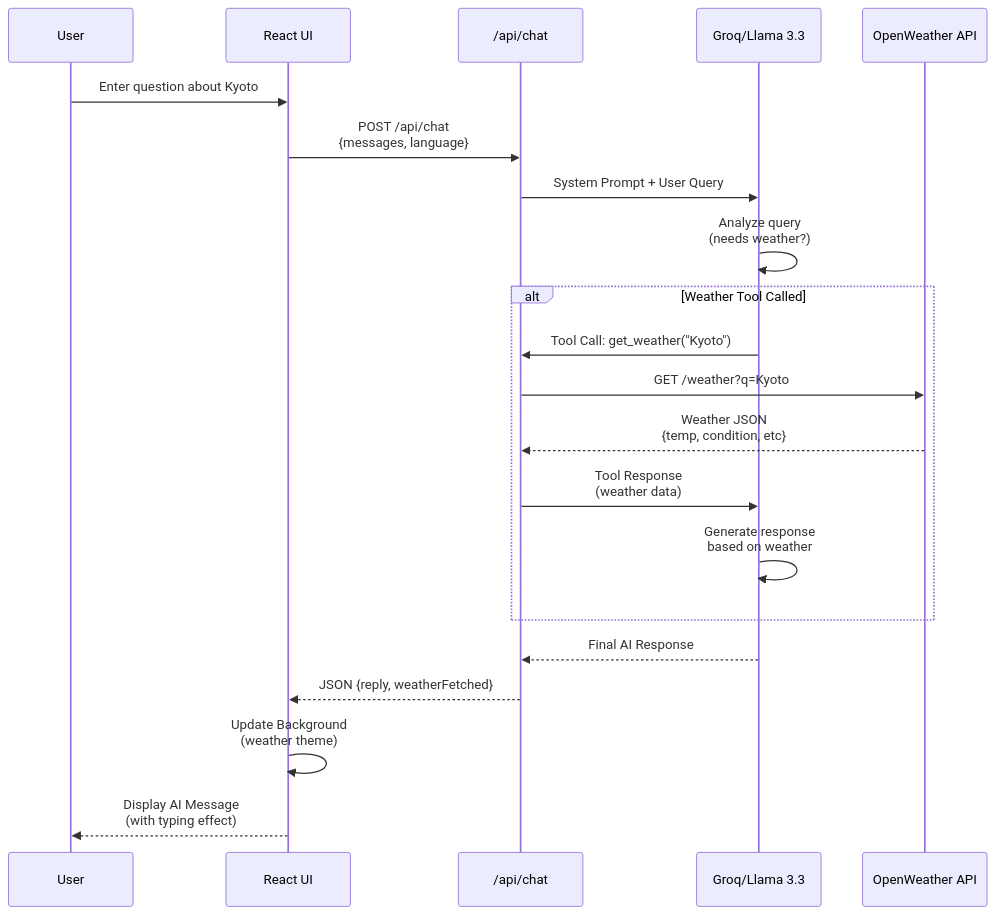
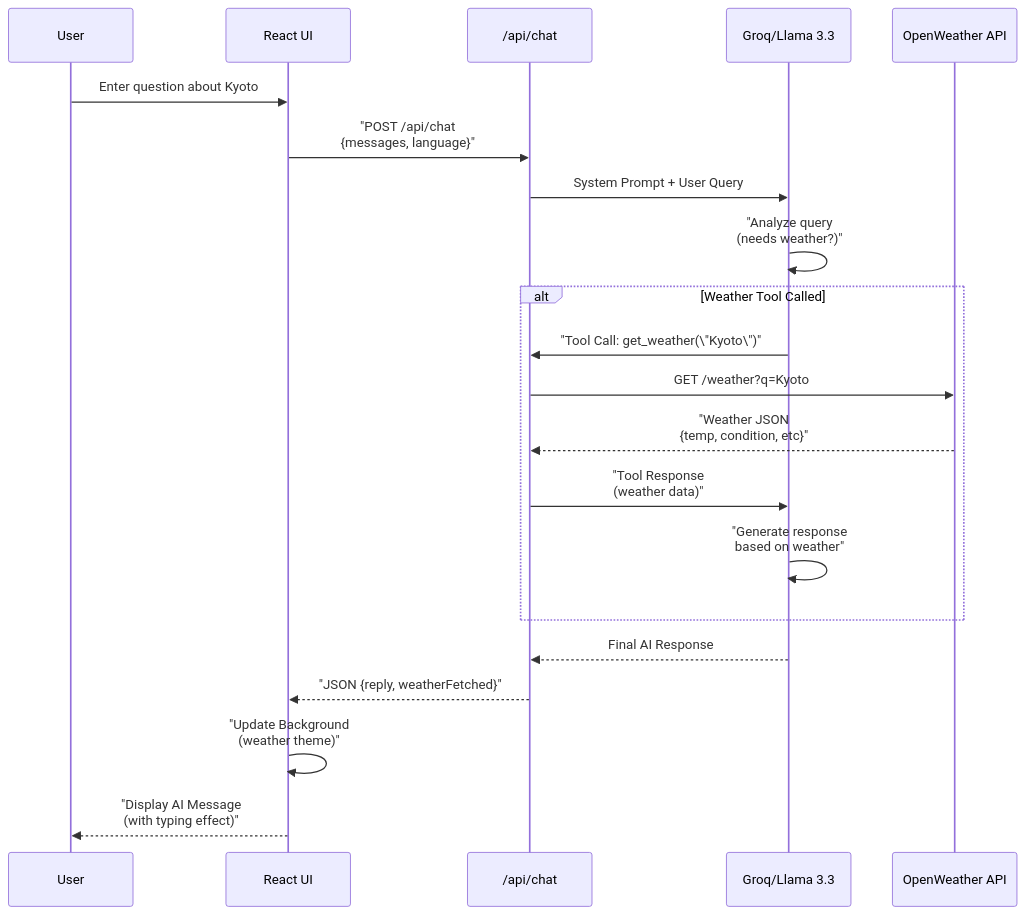
The second of 3 diagrams in README.md (Mahathi-s154/travel-bot), drawn with Mermaid before and after one commit. The commit also changed other lines of this file, not shown here.

Commit message:
Update README.md to standardize formatting for code snippets and improve clarity in project architecture diagrams.

````diff
--- a/README.md
+++ b/README.md
@@ -345,27 +345,27 @@
 ```mermaid
 sequenceDiagram
     participant U as User
     participant UI as React UI
     participant API as /api/chat
     participant LLM as Groq/Llama 3.3
     participant Weather as OpenWeather API
     
     U->>UI: Enter question about Kyoto
-    UI->>API: POST /api/chat<br/>{messages, language}
+    UI->>API: "POST /api/chat<br/>{messages, language}"
     
     API->>LLM: System Prompt + User Query
-    LLM->>LLM: Analyze query<br/>(needs weather?)
+    LLM->>LLM: "Analyze query<br/>(needs weather?)"
     
     alt Weather Tool Called
-        LLM->>API: Tool Call: get_weather("Kyoto")
+        LLM->>API: "Tool Call: get_weather(\"Kyoto\")"
         API->>Weather: GET /weather?q=Kyoto
-        Weather-->>API: Weather JSON<br/>{temp, condition, etc}
-        API->>LLM: Tool Response<br/>(weather data)
-        LLM->>LLM: Generate response<br/>based on weather
+        Weather-->>API: "Weather JSON<br/>{temp, condition, etc}"
+        API->>LLM: "Tool Response<br/>(weather data)"
+        LLM->>LLM: "Generate response<br/>based on weather"
     end
     
     LLM-->>API: Final AI Response
-    API-->>UI: JSON {reply, weatherFetched}
-    UI->>UI: Update Background<br/>(weather theme)
-    UI-->>U: Display AI Message<br/>(with typing effect)
+    API-->>UI: "JSON {reply, weatherFetched}"
+    UI->>UI: "Update Background<br/>(weather theme)"
+    UI-->>U: "Display AI Message<br/>(with typing effect)"
 ```
````
